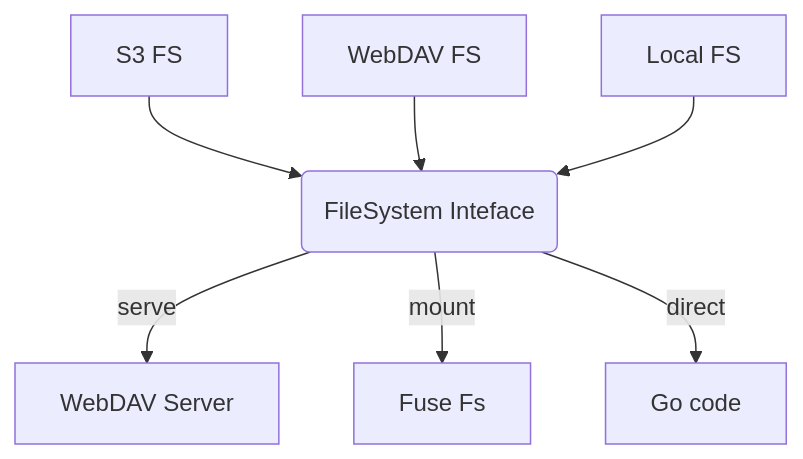
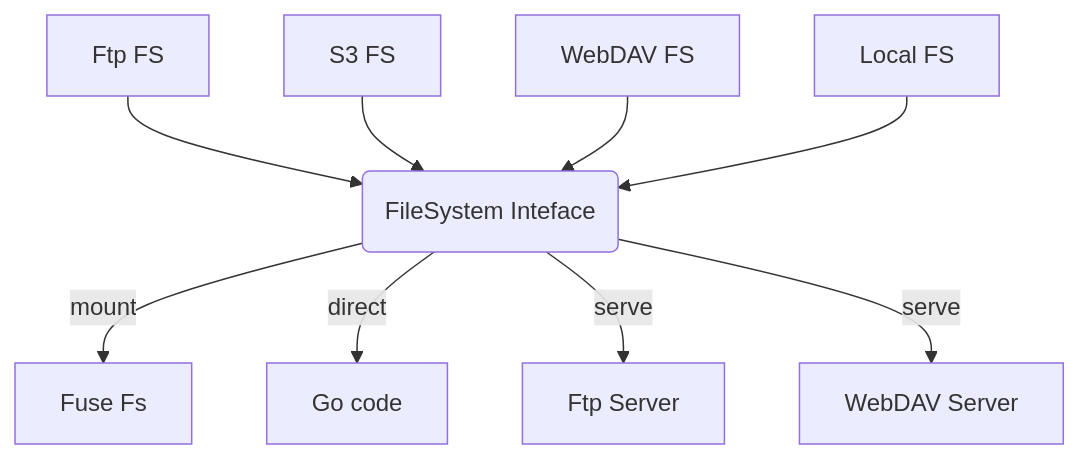
Before and after one commit to octohelm/unifs: the diagram in README.md, drawn with Mermaid. The commit also changed 31 other files, not shown here.

````diff
--- a/README.md
+++ b/README.md
@@ -3,18 +3,21 @@
 ```mermaid
 flowchart TB
     s3_fs[S3 FS]
+    ftp_fs[Ftp FS]
     local_fs[Local FS]
     webdav_fs[WebDAV FS]
 
     fsi(FileSystem Inteface)
 
-    s3_fs & webdav_fs & local_fs --> fsi
+    ftp_fs & s3_fs & webdav_fs & local_fs --> fsi
 
     webdav_server[WebDAV Server]
+    ftp_server[Ftp Server]
     fuse_fs[Fuse Fs]
     go_code[Go code]
 
-    fsi -->|serve| webdav_server
     fsi -->|mount| fuse_fs
     fsi -->|direct| go_code
+    fsi -->|serve| ftp_server
+    fsi -->|serve| webdav_server
 ```
````
